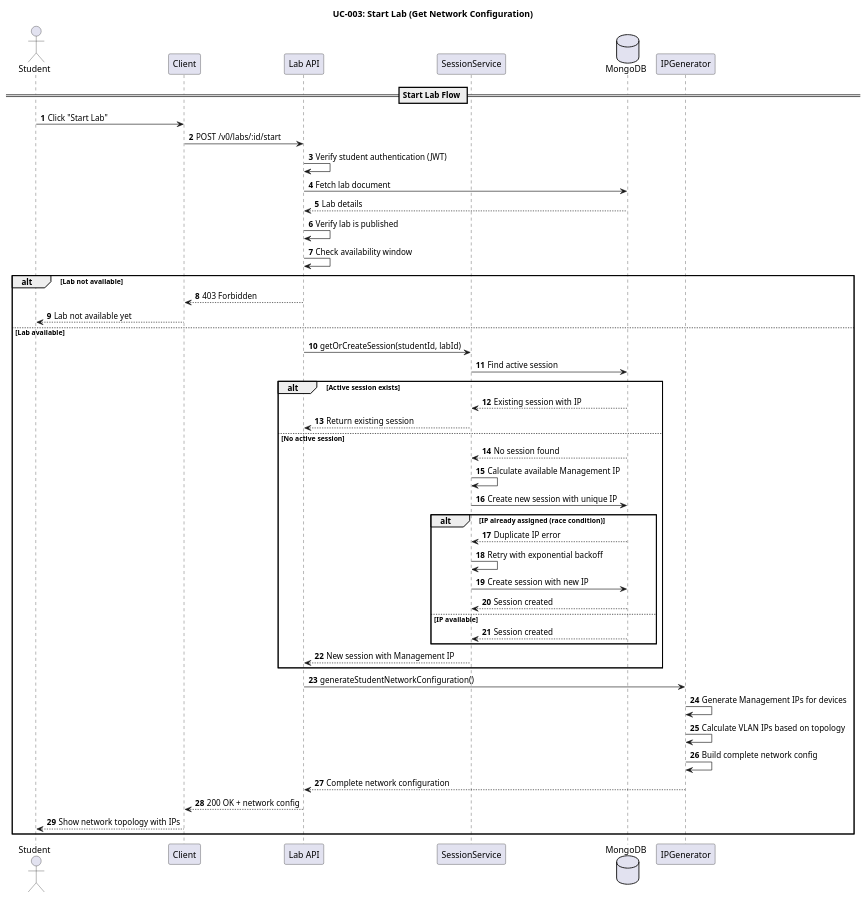
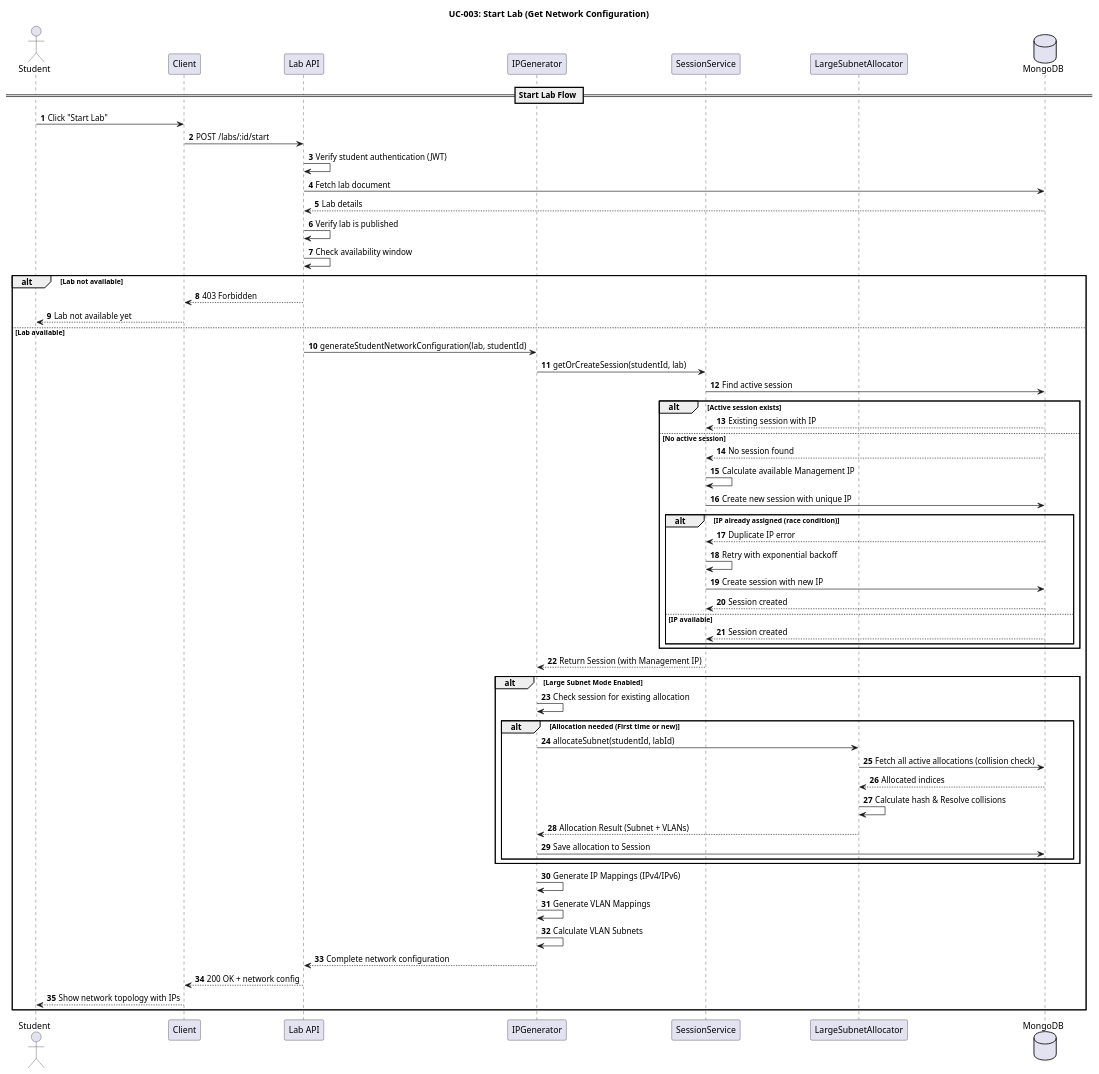
Before and after one commit to ITKMITL-NetworkGrader/netgrader-backend-elysia: the diagram in docs/sequence-diagrams/UC-003-Start-Lab.puml, drawn with PlantUML. The commit also changed 2 other files, not shown here.

Commit message:
update sequence diagrams.

```diff
--- a/docs/sequence-diagrams/UC-003-Start-Lab.puml
+++ b/docs/sequence-diagrams/UC-003-Start-Lab.puml
@@ -1,67 +1,80 @@
 @startuml UC-003: Start Lab (Get Network Configuration)
 
 title UC-003: Start Lab (Get Network Configuration)
 autonumber
 
 actor Student
 participant "Client" as Client
 participant "Lab API" as API
+participant "IPGenerator" as IPGenerator
 participant "SessionService" as SessionService
+participant "LargeSubnetAllocator" as LargeSubnet
 database "MongoDB" as DB
-participant "IPGenerator" as IPGenerator
 
 == Start Lab Flow ==
 Student -> Client: Click "Start Lab"
-Client -> API: POST /v0/labs/:id/start
+Client -> API: POST /labs/:id/start
 
 API -> API: Verify student authentication (JWT)
-
 API -> DB: Fetch lab document
 DB --> API: Lab details
 
 API -> API: Verify lab is published
 API -> API: Check availability window
 
 alt Lab not available
     API --> Client: 403 Forbidden
     Client --> Student: Lab not available yet
 else Lab available
-    API -> SessionService: getOrCreateSession(studentId, labId)
+    API -> IPGenerator: generateStudentNetworkConfiguration(lab, studentId)
+
+    IPGenerator -> SessionService: getOrCreateSession(studentId, lab)
 
     SessionService -> DB: Find active session
 
     alt Active session exists
         DB --> SessionService: Existing session with IP
-        SessionService --> API: Return existing session
     else No active session
         DB --> SessionService: No session found
 
         SessionService -> SessionService: Calculate available Management IP
 
         SessionService -> DB: Create new session with unique IP
 
         alt IP already assigned (race condition)
             DB --> SessionService: Duplicate IP error
             SessionService -> SessionService: Retry with exponential backoff
             SessionService -> DB: Create session with new IP
             DB --> SessionService: Session created
         else IP available
             DB --> SessionService: Session created
         end
-
-        SessionService --> API: New session with Management IP
     end
 
-    API -> IPGenerator: generateStudentNetworkConfiguration()
+    SessionService --> IPGenerator: Return Session (with Management IP)
 
-    IPGenerator -> IPGenerator: Generate Management IPs for devices
-    IPGenerator -> IPGenerator: Calculate VLAN IPs based on topology
-    IPGenerator -> IPGenerator: Build complete network config
+    alt Large Subnet Mode Enabled
+        IPGenerator -> IPGenerator: Check session for existing allocation
+
+        alt Allocation needed (First time or new)
+            IPGenerator -> LargeSubnet: allocateSubnet(studentId, labId)
+            LargeSubnet -> DB: Fetch all active allocations (collision check)
+            DB --> LargeSubnet: Allocated indices
+            LargeSubnet -> LargeSubnet: Calculate hash & Resolve collisions
+            LargeSubnet --> IPGenerator: Allocation Result (Subnet + VLANs)
+
+            IPGenerator -> DB: Save allocation to Session
+        end
+    end
+
+    IPGenerator -> IPGenerator: Generate IP Mappings (IPv4/IPv6)
+    IPGenerator -> IPGenerator: Generate VLAN Mappings
+    IPGenerator -> IPGenerator: Calculate VLAN Subnets
 
     IPGenerator --> API: Complete network configuration
 
     API --> Client: 200 OK + network config
     Client --> Student: Show network topology with IPs
 end
 
 @enduml
```
